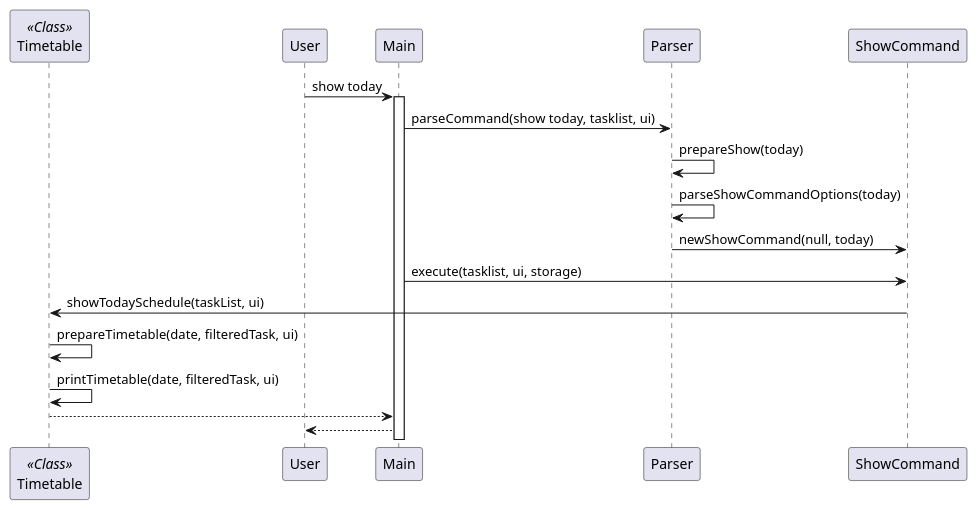
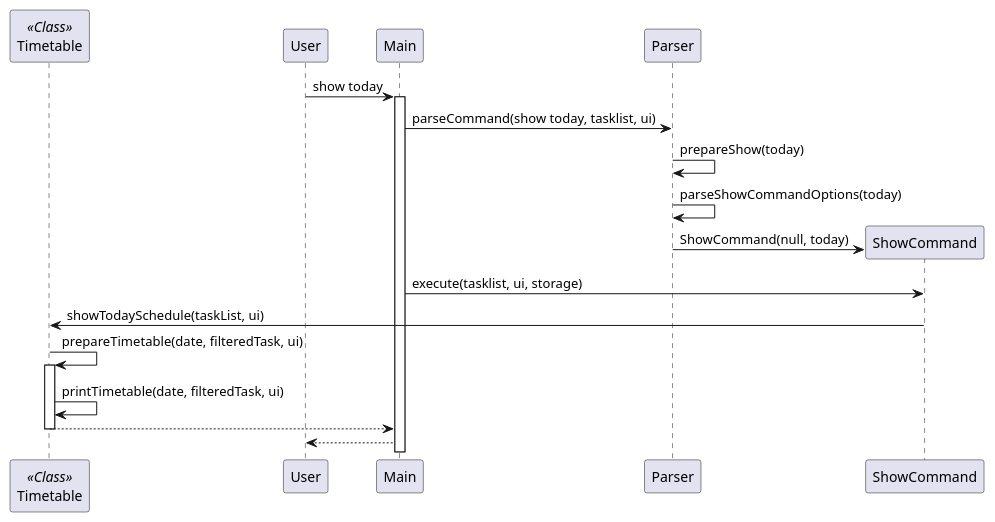
Before and after one commit to nus-cs2113-AY2122S2/tp: the diagram in docs/puml/Timetable_SequenceDiagram_ShowToday.puml, drawn with PlantUML.

Commit message:
Update UML file

```diff
--- a/docs/puml/Timetable_SequenceDiagram_ShowToday.puml
+++ b/docs/puml/Timetable_SequenceDiagram_ShowToday.puml
@@ -4,19 +4,22 @@
 @startuml
 
 skinparam Shadowing false
 participant "Timetable" as Timetable <<Class>>
 
 User -> Main: show today
 activate Main
 Main -> Parser: parseCommand(show today, tasklist, ui)
 Parser -> Parser: prepareShow(today)
 Parser -> Parser: parseShowCommandOptions(today)
-Parser -> ShowCommand: newShowCommand(null, today)
+create ShowCommand
+Parser -> ShowCommand: ShowCommand(null, today)
 Main -> ShowCommand: execute(tasklist, ui, storage)
 ShowCommand -> Timetable: showTodaySchedule(taskList, ui)
 Timetable -> Timetable: prepareTimetable(date, filteredTask, ui)
+activate Timetable
 Timetable -> Timetable: printTimetable(date, filteredTask, ui)
 Timetable --> Main
+deactivate Timetable
 Main --> User
 
 @enduml
```
